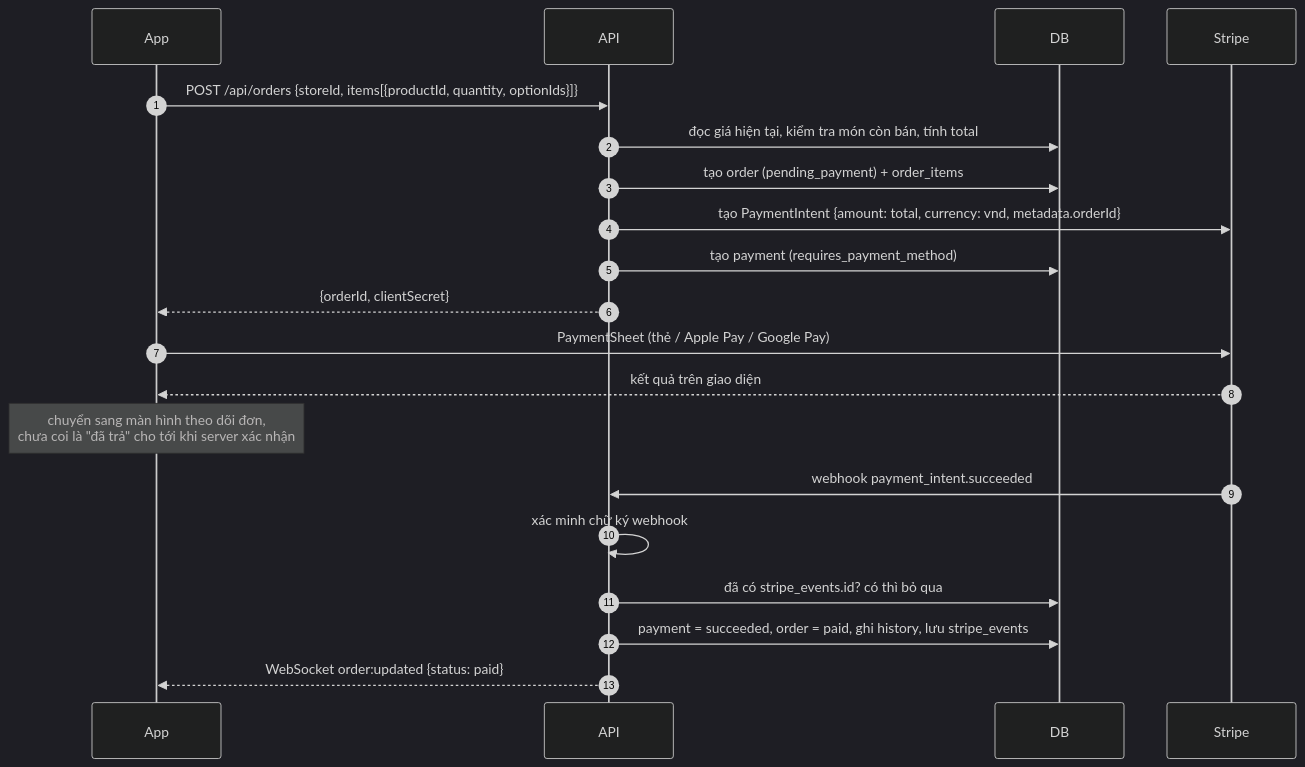
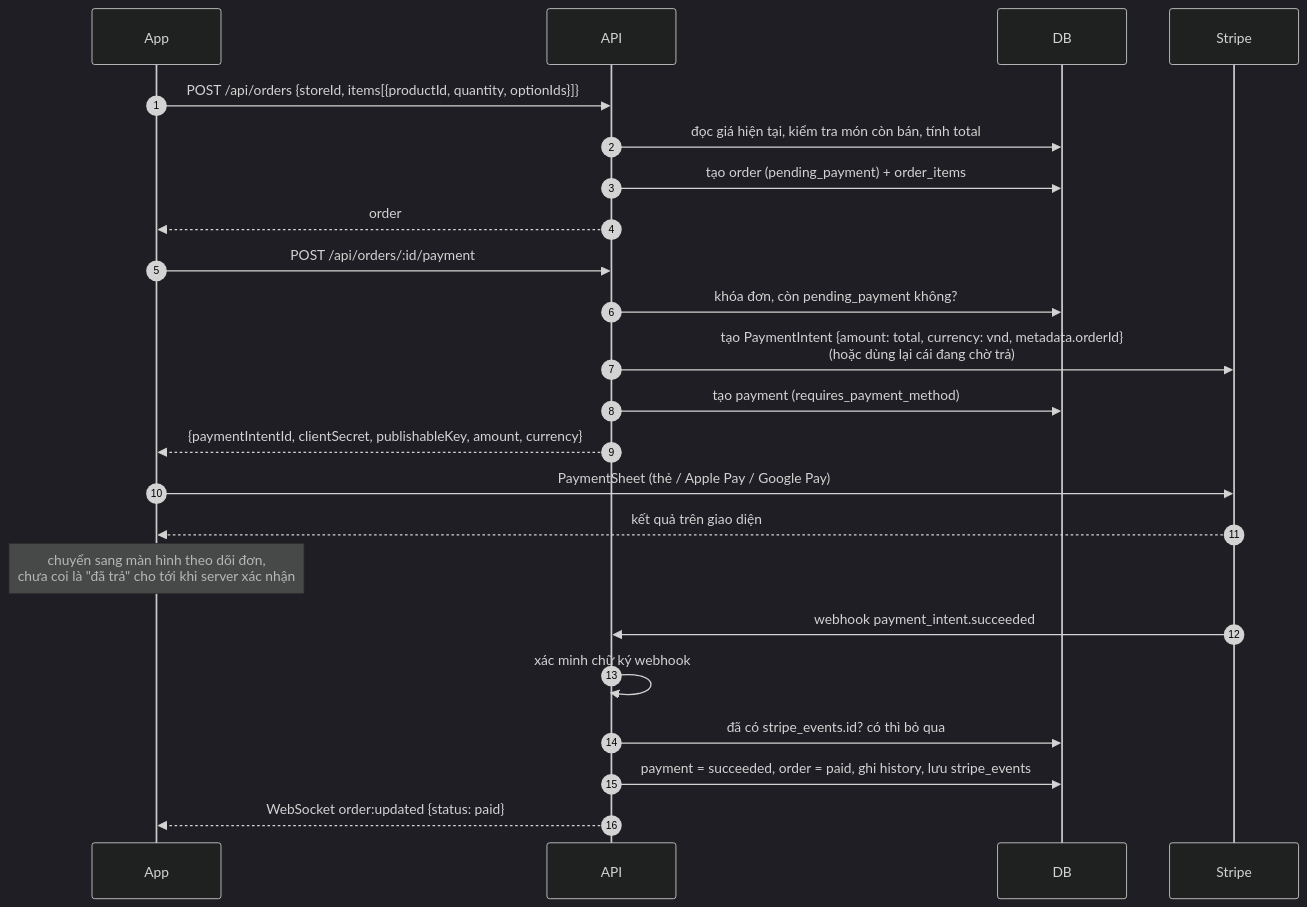
The seventh of 9 diagrams in docs/data-model-and-flow.md (HaiBang1010/BrewNative), drawn with Mermaid (dark theme) before and after one commit. The commit also changed other lines of this file and 16 other files, not shown here.

````diff
--- a/docs/data-model-and-flow.md
+++ b/docs/data-model-and-flow.md
@@ -325,25 +329,29 @@
 ```mermaid
 sequenceDiagram
   autonumber
   participant App
   participant API
   participant DB
   participant Stripe
 
   App->>API: POST /api/orders {storeId, items[{productId, quantity, optionIds}]}
   API->>DB: đọc giá hiện tại, kiểm tra món còn bán, tính total
   API->>DB: tạo order (pending_payment) + order_items
-  API->>Stripe: tạo PaymentIntent {amount: total, currency: vnd, metadata.orderId}
+  API-->>App: order
+
+  App->>API: POST /api/orders/:id/payment
+  API->>DB: khóa đơn, còn pending_payment không?
+  API->>Stripe: tạo PaymentIntent {amount: total, currency: vnd, metadata.orderId}<br/>(hoặc dùng lại cái đang chờ trả)
   API->>DB: tạo payment (requires_payment_method)
-  API-->>App: {orderId, clientSecret}
+  API-->>App: {paymentIntentId, clientSecret, publishableKey, amount, currency}
 
   App->>Stripe: PaymentSheet (thẻ / Apple Pay / Google Pay)
   Stripe-->>App: kết quả trên giao diện
   Note over App: chuyển sang màn hình theo dõi đơn,<br/>chưa coi là "đã trả" cho tới khi server xác nhận
 
   Stripe->>API: webhook payment_intent.succeeded
   API->>API: xác minh chữ ký webhook
   API->>DB: đã có stripe_events.id? có thì bỏ qua
   API->>DB: payment = succeeded, order = paid, ghi history, lưu stripe_events
   API-->>App: WebSocket order:updated {status: paid}
 ```
````
